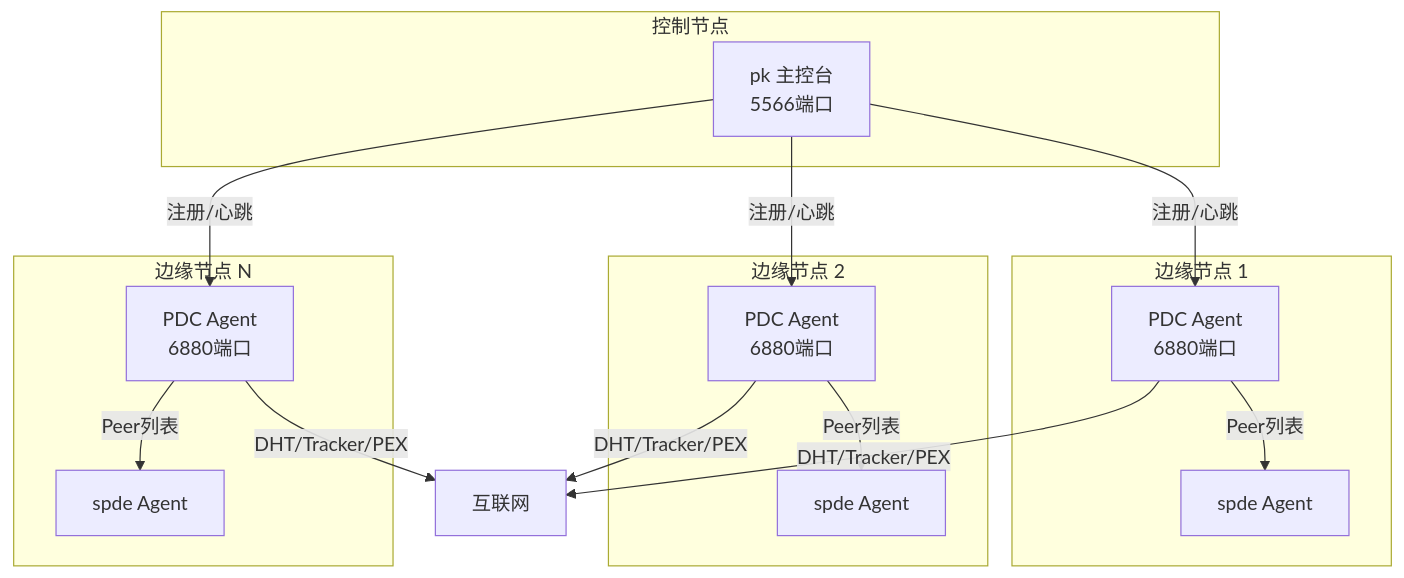
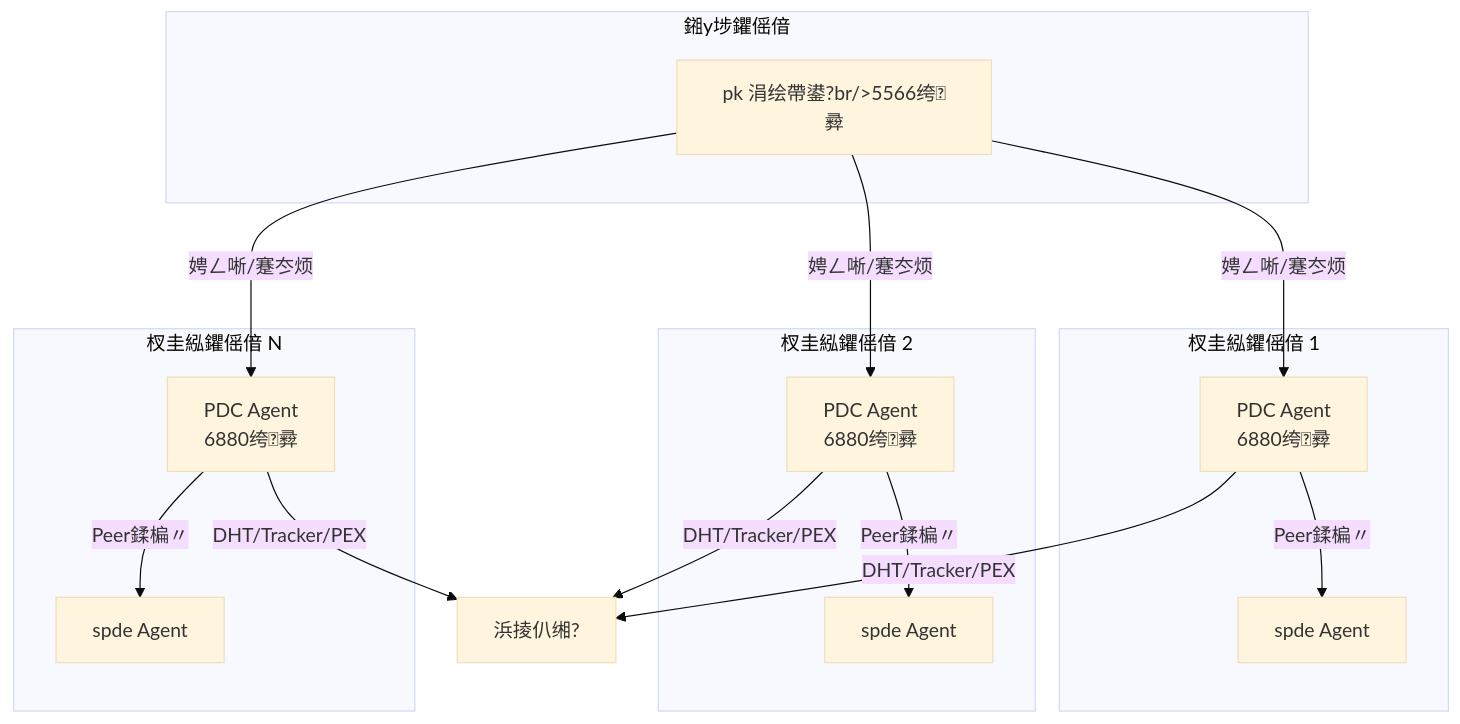
One commit to PandaNetOS/pdc changed the third of 3 diagrams in docs/architecture/01-system-context.md. Above: the diagram before and after it, drawn with Mermaid. The commit also changed other lines of this file and 5 other files, not shown here.

First line of the commit message:
docs: 优化所有 Mermaid 图渲染清晰度

````diff
--- a/docs/architecture/01-system-context.md
+++ b/docs/architecture/01-system-context.md
@@ -94,28 +96,29 @@
 ```mermaid
+%%{init: {'theme':'base', 'themeVariables': {'fontSize':'16px'}, 'flowchart': {'nodeSpacing': 50, 'rankSpacing': 80}, 'sequence': {'actorMargin': 50, 'messageMargin': 20}}}%%
 graph TB
-    subgraph "控制节点"
-        PK[pk 主控台<br/>5566端口]
+    subgraph "鎺у埗鑺傜偣"
+        PK[pk 涓绘帶鍙?br/>5566绔彛]
     end
 
-    subgraph "边缘节点 1"
-        PDC1[PDC Agent<br/>6880端口]
+    subgraph "杈圭紭鑺傜偣 1"
+        PDC1[PDC Agent<br/>6880绔彛]
         SPDE1[spde Agent]
     end
 
-    subgraph "边缘节点 2"
-        PDC2[PDC Agent<br/>6880端口]
+    subgraph "杈圭紭鑺傜偣 2"
+        PDC2[PDC Agent<br/>6880绔彛]
         SPDE2[spde Agent]
     end
 
-    subgraph "边缘节点 N"
-        PDCn[PDC Agent<br/>6880端口]
+    subgraph "杈圭紭鑺傜偣 N"
+        PDCn[PDC Agent<br/>6880绔彛]
         SPDEn[spde Agent]
     end
 
-    PK -->|注册/心跳| PDC1 & PDC2 & PDCn
-    PDC1 -->|Peer列表| SPDE1
-    PDC2 -->|Peer列表| SPDE2
-    PDCn -->|Peer列表| SPDEn
+    PK -->|娉ㄥ唽/蹇冭烦| PDC1 & PDC2 & PDCn
+    PDC1 -->|Peer鍒楄〃| SPDE1
+    PDC2 -->|Peer鍒楄〃| SPDE2
+    PDCn -->|Peer鍒楄〃| SPDEn
 
-    PDC1 & PDC2 & PDCn -->|DHT/Tracker/PEX| 互联网
+    PDC1 & PDC2 & PDCn -->|DHT/Tracker/PEX| 浜掕仈缃?
 ```
````
